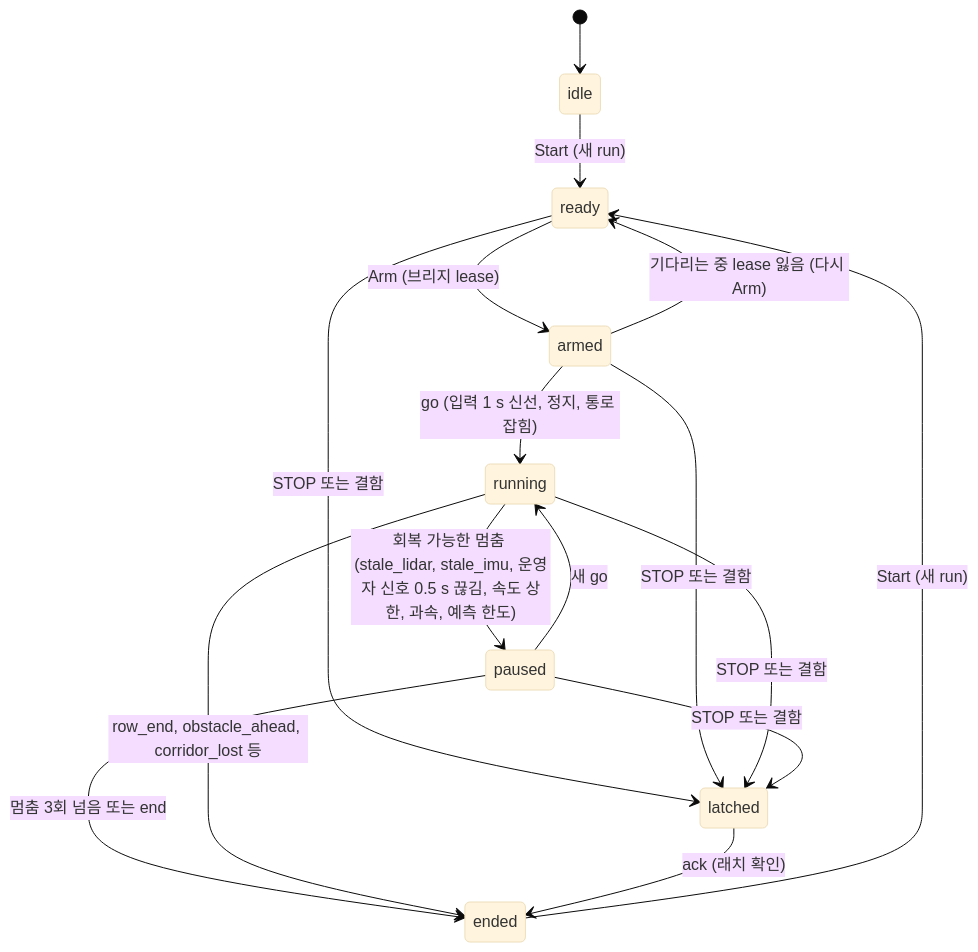
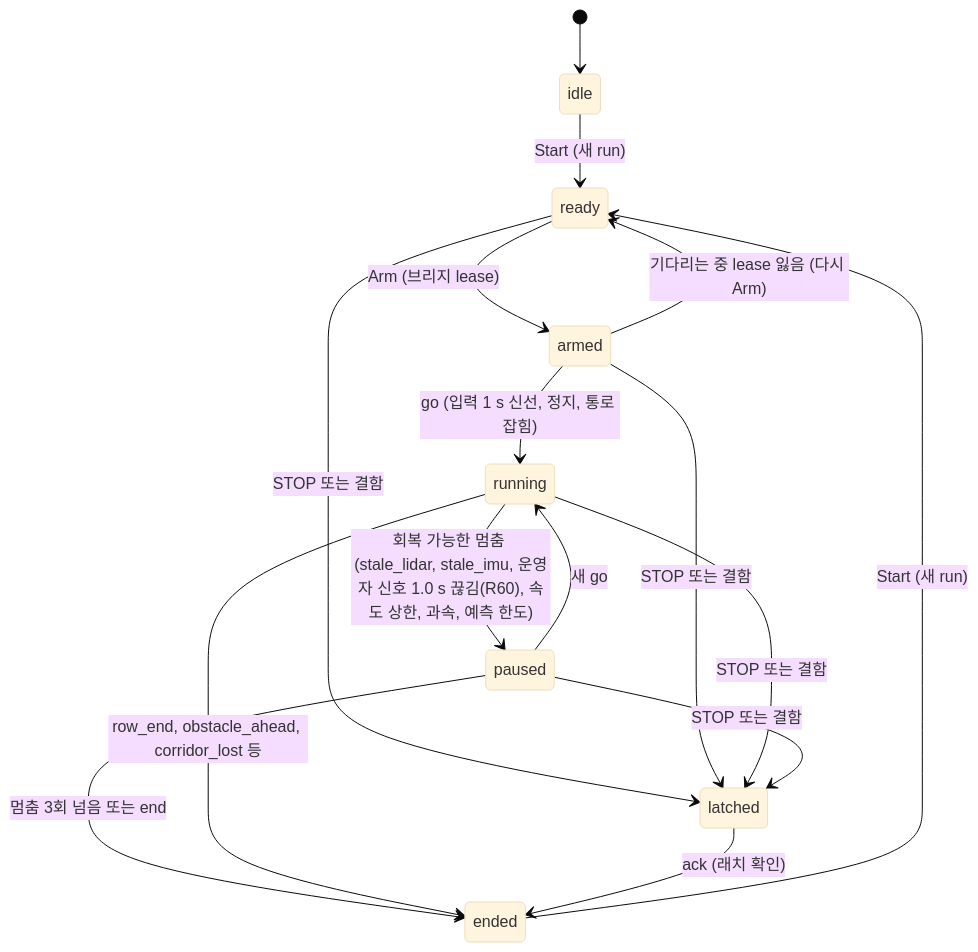
Before and after one commit to 2026-BTS-UNI-Car/unist_orchard_simulation: the seventh of 7 diagrams in docs/ARCHITECTURE_KO.md, drawn with Mermaid (base theme). The commit also changed 3 other files, not shown here.

````diff
--- a/docs/ARCHITECTURE_KO.md
+++ b/docs/ARCHITECTURE_KO.md
@@ -224,18 +224,18 @@
 ```mermaid
 stateDiagram-v2
   [*] --> idle
   idle --> ready : Start (새 run)
   ended --> ready : Start (새 run)
   ready --> armed : Arm (브리지 lease)
   armed --> running : go (입력 1 s 신선, 정지, 통로 잡힘)
   armed --> ready : 기다리는 중 lease 잃음 (다시 Arm)
-  running --> paused : 회복 가능한 멈춤 (stale_lidar, stale_imu, 운영자 신호 0.5 s 끊김, 속도 상한, 과속, 예측 한도)
+  running --> paused : 회복 가능한 멈춤 (stale_lidar, stale_imu, 운영자 신호 1.0 s 끊김(R60), 속도 상한, 과속, 예측 한도)
   paused --> running : 새 go
   paused --> ended : 멈춤 3회 넘음 또는 end
   running --> ended : row_end, obstacle_ahead, corridor_lost 등
   ready --> latched : STOP 또는 결함
   armed --> latched : STOP 또는 결함
   running --> latched : STOP 또는 결함
   paused --> latched : STOP 또는 결함
   latched --> ended : ack (래치 확인)
 ```
````
